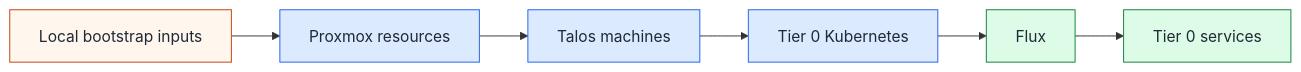
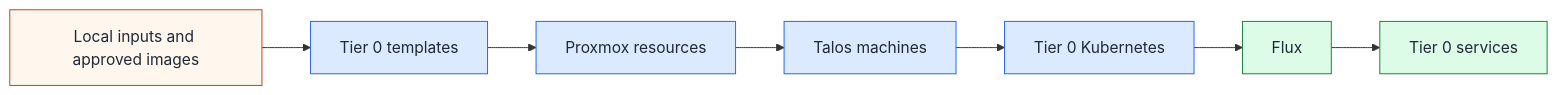
One commit to Rexus/homelab changed the diagram in docs/paths/tier-0/bootstrap.md. Above: the diagram before and after it, drawn with Mermaid. The commit also changed other lines of this file and 39 other files, not shown here.

Commit message:
feat(tier0): own template lifecycle and add Talos publication

````diff
--- a/docs/paths/tier-0/bootstrap.md
+++ b/docs/paths/tier-0/bootstrap.md
@@ -118,16 +131,17 @@
 ```mermaid
 flowchart LR
-  Inputs["Local bootstrap inputs"] --> Proxmox["Proxmox resources"]
+  Inputs["Local inputs and approved images"] --> Templates["Tier 0 templates"]
+  Templates --> Proxmox["Proxmox resources"]
   Proxmox --> Talos["Talos machines"]
   Talos --> K8s["Tier 0 Kubernetes"]
   K8s --> Flux["Flux"]
   Flux --> Services["Tier 0 services"]
 
   classDef bootstrap fill:#fff7ed,stroke:#c2410c,color:#1f2937
   classDef platform fill:#dbeafe,stroke:#2563eb,color:#1f2937
   classDef gitops fill:#dcfce7,stroke:#15803d,color:#1f2937
 
   class Inputs bootstrap
-  class Proxmox,Talos,K8s platform
+  class Templates,Proxmox,Talos,K8s platform
   class Flux,Services gitops
 ```
````
